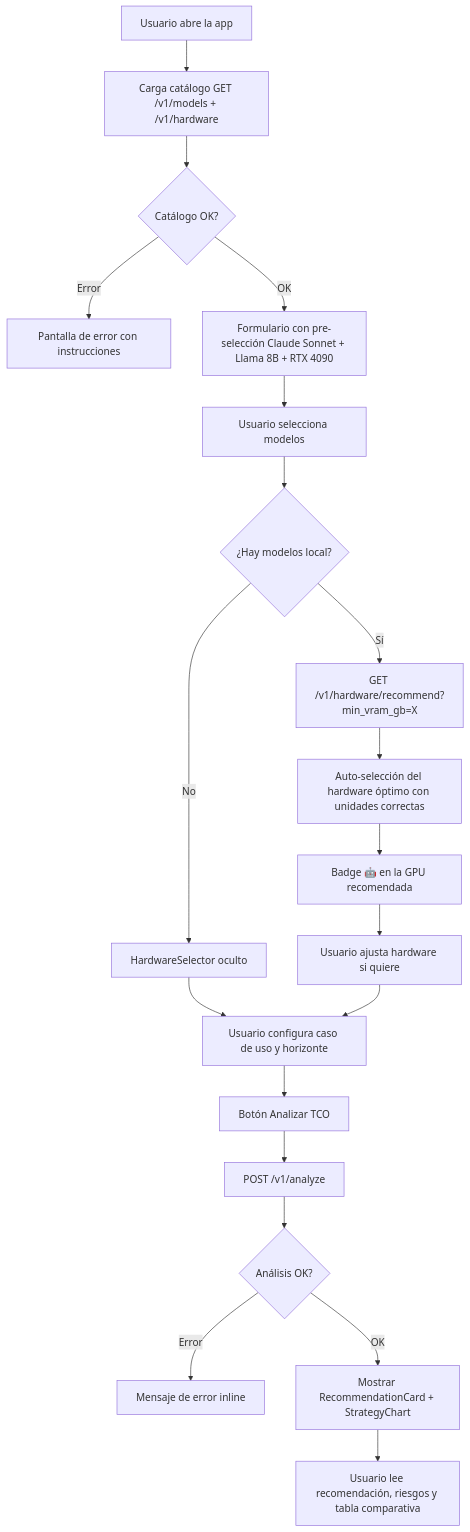
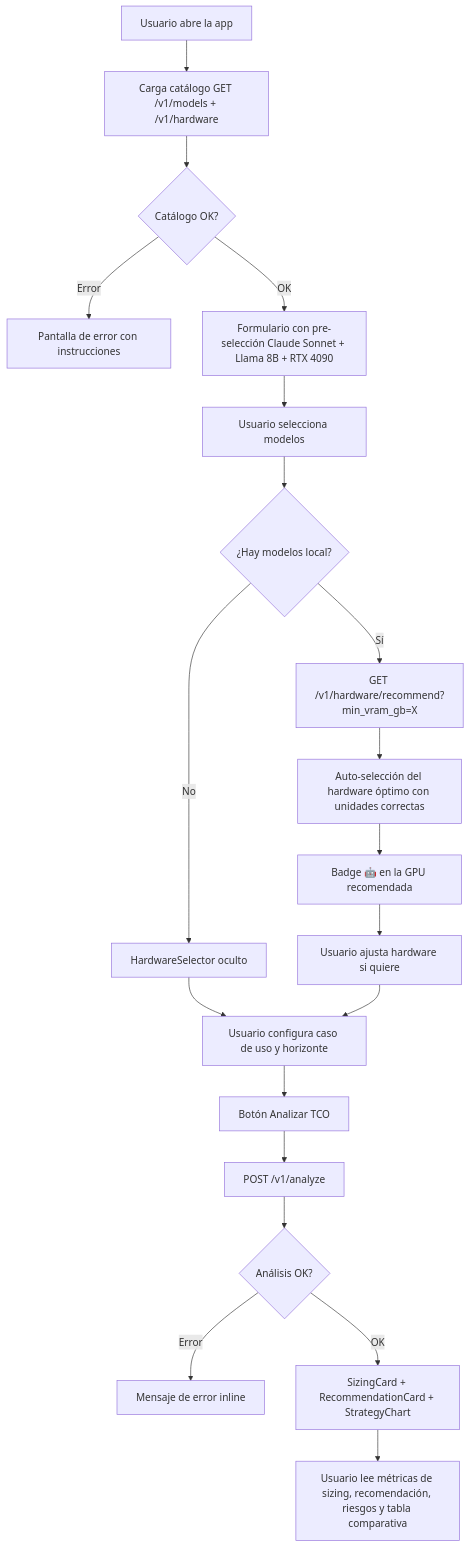
One commit to Ka0s-Klaus/klaUS-aicalc-roi changed the diagram in docs/frontend.md. Above: the diagram before and after it, drawn with Mermaid. The commit also changed other lines of this file and 2 other files, not shown here.

First line of the commit message:
feat(#37): tarjeta de métricas de dimensionamiento LLM (SizingCard)

````diff
--- a/docs/frontend.md
+++ b/docs/frontend.md
@@ -18,22 +18,22 @@
 ```mermaid
 flowchart TD
     A[Usuario abre la app] --> B[Carga catálogo GET /v1/models + /v1/hardware]
     B --> C{Catálogo OK?}
     C -- Error --> D[Pantalla de error con instrucciones]
     C -- OK --> E[Formulario con pre-selección Claude Sonnet + Llama 8B + RTX 4090]
     E --> F[Usuario selecciona modelos]
     F --> G{¿Hay modelos local?}
     G -- Sí --> H[GET /v1/hardware/recommend?min_vram_gb=X]
     H --> I[Auto-selección del hardware óptimo con unidades correctas]
     I --> J[Badge 🤖 en la GPU recomendada]
     G -- No --> K[HardwareSelector oculto]
     J --> L[Usuario ajusta hardware si quiere]
     K --> M[Usuario configura caso de uso y horizonte]
     L --> M
     M --> N[Botón Analizar TCO]
     N --> O[POST /v1/analyze]
     O --> P{Análisis OK?}
     P -- Error --> Q[Mensaje de error inline]
-    P -- OK --> R[Mostrar RecommendationCard + StrategyChart]
-    R --> S[Usuario lee recomendación, riesgos y tabla comparativa]
+    P -- OK --> R[SizingCard + RecommendationCard + StrategyChart]
+    R --> S[Usuario lee métricas de sizing, recomendación, riesgos y tabla comparativa]
 ```
````
